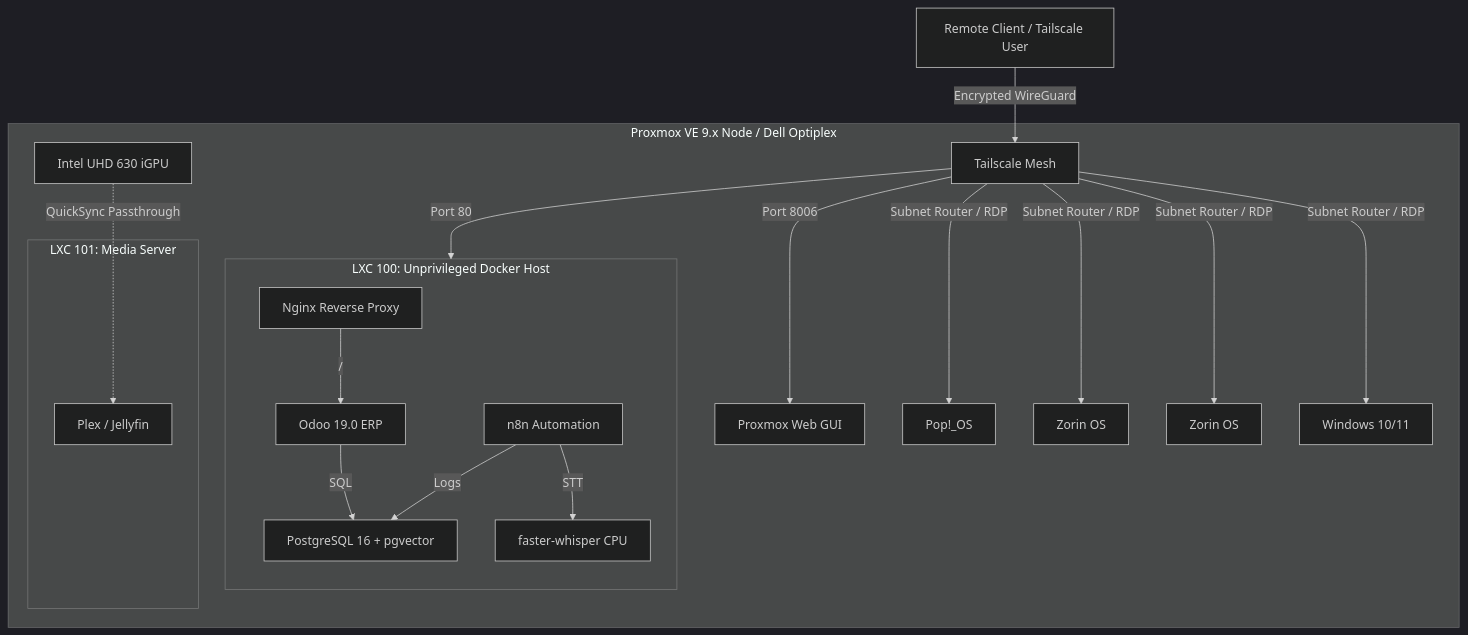
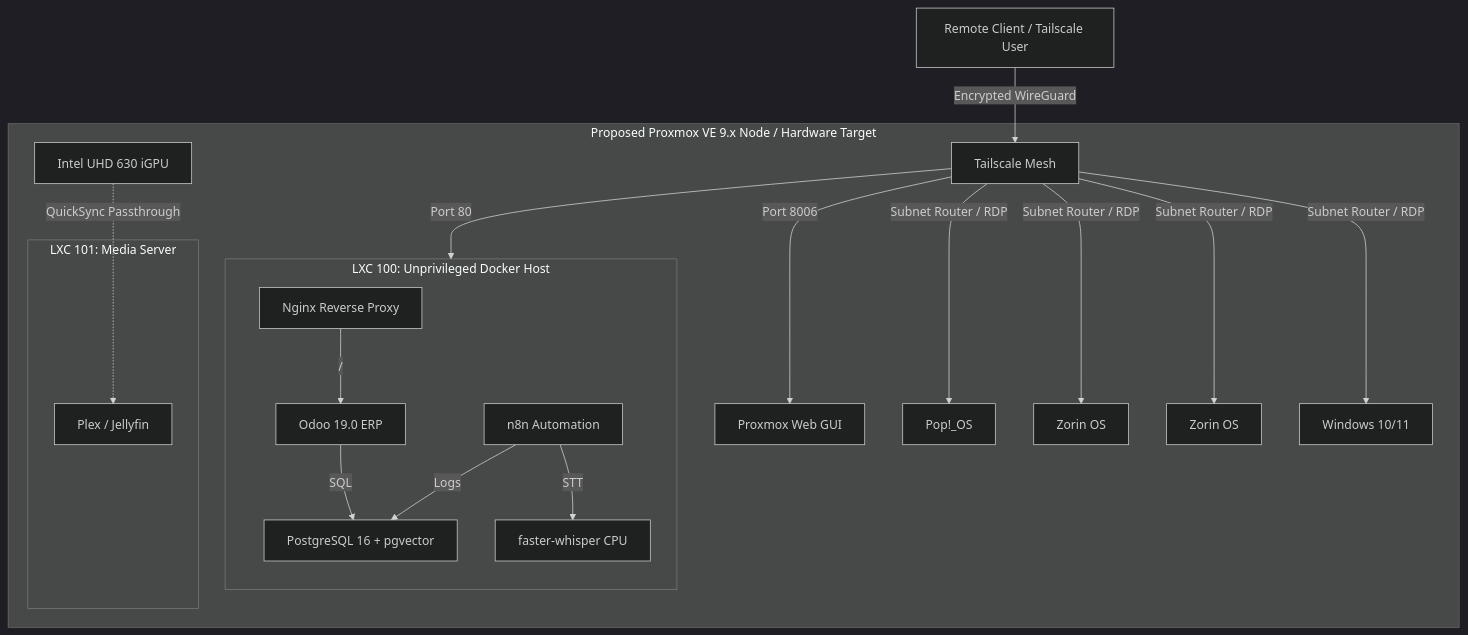
The diagram in README.md (painter99/pve-node-iac), drawn with Mermaid (dark theme) before and after one commit. The commit also changed other lines of this file, not shown here.

Commit message:
docs: align PVE overview with paused design status

````diff
--- a/README.md
+++ b/README.md
@@ -51,28 +51,28 @@
 ```mermaid
 graph TD
     EXT["Remote Client / Tailscale User"] -->|Encrypted WireGuard| TS["Tailscale Mesh"]
 
-    subgraph PVE_Host ["Proxmox VE 9.x Node / Dell Optiplex"]
+    subgraph PVE_Host ["Proposed Proxmox VE 9.x Node / Hardware Target"]
         TS -->|Port 8006| PVE_GUI["Proxmox Web GUI"]
         TS -->|Port 80| PROXY["Nginx Reverse Proxy"]
 
         TS -->|Subnet Router / RDP| VM1["Pop!_OS"]
         TS -->|Subnet Router / RDP| VM2["Zorin OS"]
         TS -->|Subnet Router / RDP| VM3["Zorin OS"]
         TS -->|Subnet Router / RDP| VM4["Windows 10/11"]
 
         iGPU["Intel UHD 630 iGPU"] -.->|QuickSync Passthrough| PLEX["Plex / Jellyfin"]
 
         subgraph LXC100 ["LXC 100: Unprivileged Docker Host"]
             direction TB
             PROXY -->|/| WEB["Odoo 19.0 ERP"]
             WEB -->|SQL| DB["PostgreSQL 16 + pgvector"]
             N8N["n8n Automation"] -->|Logs| DB
             N8N -->|STT| WHISPER["faster-whisper CPU"]
         end
 
         subgraph LXC101 ["LXC 101: Media Server"]
             PLEX
         end
     end
 ```
````
